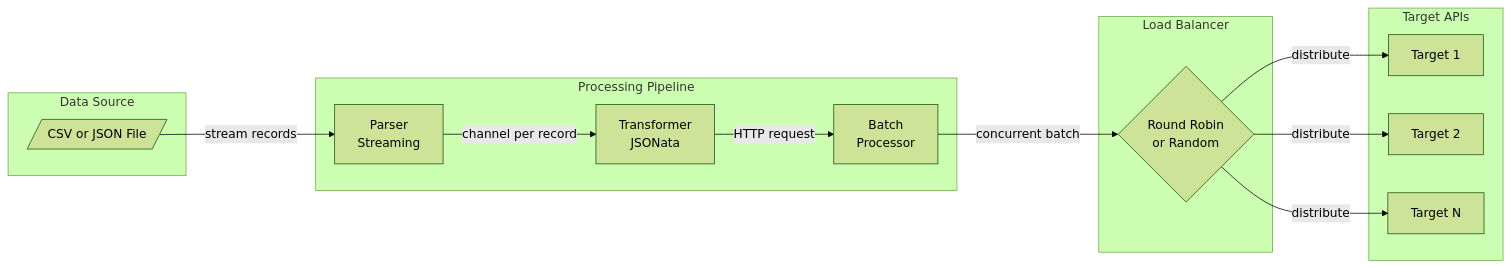
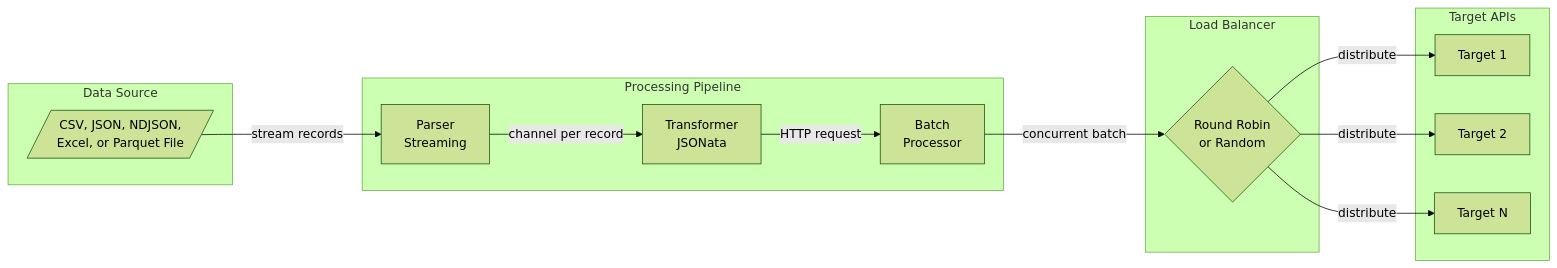
One commit to Dhi13man/bombardment-runner changed the first of 2 diagrams in README.md. Above: the diagram before and after it, drawn with Mermaid (forest theme). The commit also changed other lines of this file and 56 other files, not shown here.

First line of the commit message:
feat(parsing): add NDJSON, Excel parsers with streaming and auto-detection (#42)

````diff
--- a/README.md
+++ b/README.md
@@ -59,30 +63,30 @@
 ```mermaid
 flowchart LR
     subgraph Input[Data Source]
-        File[/CSV or JSON File/]
+        File[/CSV, JSON, NDJSON,<br>Excel, or Parquet File/]
     end
 
     subgraph Pipeline[Processing Pipeline]
         Parser[Parser<br>Streaming]
         Transformer[Transformer<br>JSONata]
         Batcher[Batch<br>Processor]
     end
 
     subgraph LB[Load Balancer]
         Strategy{Round Robin<br>or Random}
     end
 
     subgraph Targets[Target APIs]
         T1[Target 1]
         T2[Target 2]
         TN[Target N]
     end
 
     File -->|"stream records"| Parser
     Parser -->|"channel per record"| Transformer
     Transformer -->|"HTTP request"| Batcher
     Batcher -->|"concurrent batch"| Strategy
     Strategy -->|"distribute"| T1
     Strategy -->|"distribute"| T2
     Strategy -->|"distribute"| TN
 ```
````
